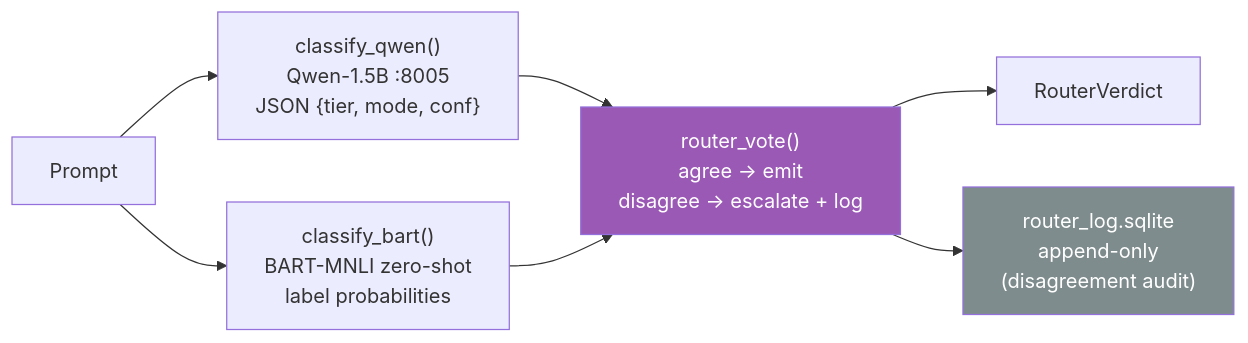
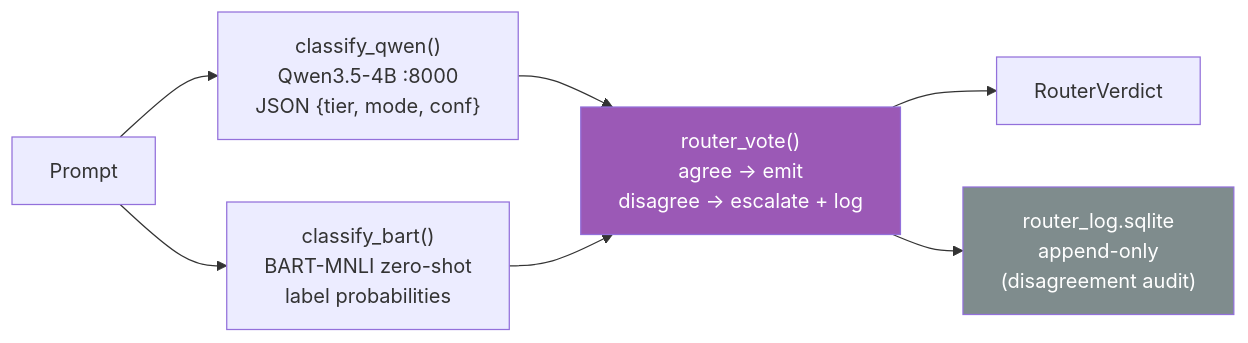
One commit to shaneliuyx/agent-development-curriculum changed the fifth of 7 diagrams in Week 4.5 - Model Routing and Effort Tiering.md. Above: the diagram before and after it, drawn with Mermaid. The commit also changed other lines of this file, not shown here.

````diff
--- a/Week 4.5 - Model Routing and Effort Tiering.md
+++ b/Week 4.5 - Model Routing and Effort Tiering.md
@@ -678,19 +804,19 @@
 ```mermaid
 flowchart LR
     Prompt["Prompt"]
-    C1["classify_qwen()<br/>Qwen-1.5B :8005<br/>JSON {tier, mode, conf}"]
+    C1["classify_qwen()<br/>Qwen3.5-4B :8000<br/>JSON {tier, mode, conf}"]
     C2["classify_bart()<br/>BART-MNLI zero-shot<br/>label probabilities"]
     Vote["router_vote()<br/>agree → emit<br/>disagree → escalate + log"]
     Log["router_log.sqlite<br/>append-only<br/>(disagreement audit)"]
     Final["RouterVerdict"]
 
     Prompt --> C1
     Prompt --> C2
     C1 --> Vote
     C2 --> Vote
     Vote --> Final
     Vote --> Log
 
     style Vote fill:#9b59b6,color:#fff
     style Log fill:#7f8c8d,color:#fff
 ```
````
